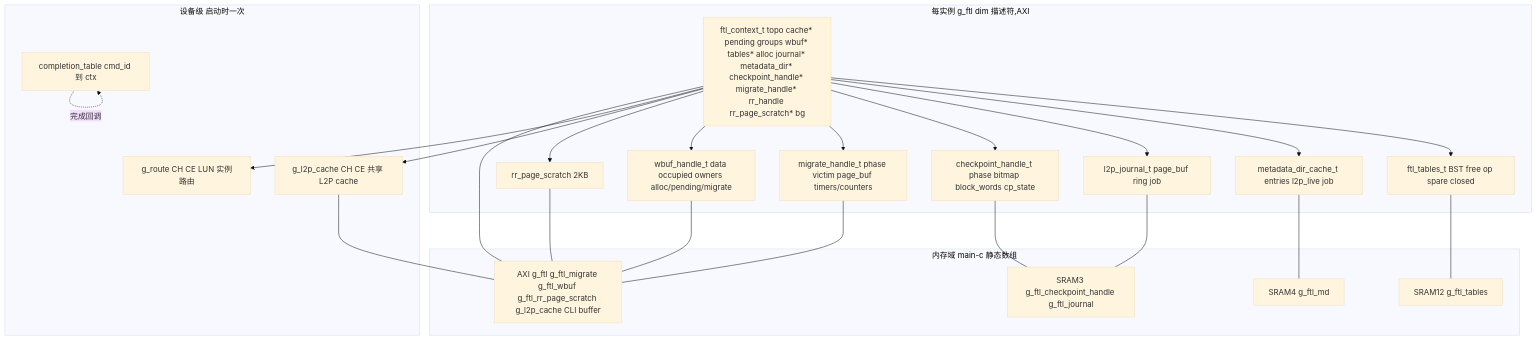
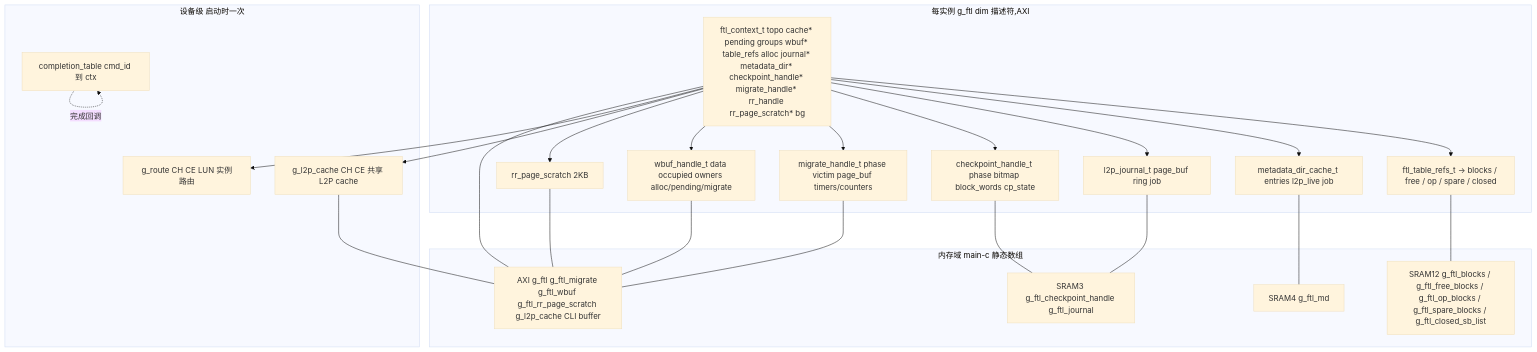
One commit to YzYMIAO/BASESSD changed diagram 32 of 32 in docs/design/ftl_design.md. Above: the diagram before and after it, drawn with Mermaid (base theme). The commit also changed other lines of this file and 18 other files, not shown here.

````diff
--- a/docs/design/ftl_design.md
+++ b/docs/design/ftl_design.md
@@ -3980,46 +3980,46 @@
 ```mermaid
 flowchart TB
     subgraph "设备级 启动时一次"
         ROUTE["g_route CH CE LUN 实例路由"]
         CT["completion_table cmd_id 到 ctx"]
         LC["g_l2p_cache CH CE 共享 L2P cache"]
     end
 
     subgraph "每实例 g_ftl dim 描述符,AXI"
-        CTX["ftl_context_t topo cache* pending groups wbuf* tables* alloc journal* metadata_dir* checkpoint_handle* migrate_handle* rr_handle rr_page_scratch* bg"]
-        TAB["ftl_tables_t BST free op spare closed"]
+        CTX["ftl_context_t topo cache* pending groups wbuf* table_refs alloc journal* metadata_dir* checkpoint_handle* migrate_handle* rr_handle rr_page_scratch* bg"]
+        TAB["ftl_table_refs_t → blocks / free / op / spare / closed"]
         MD["metadata_dir_cache_t entries l2p_live job"]
         JRN["l2p_journal_t page_buf ring job"]
         CPJ["checkpoint_handle_t phase bitmap block_words cp_state"]
         MIG["migrate_handle_t phase victim page_buf timers/counters"]
         WB["wbuf_handle_t data occupied owners alloc/pending/migrate"]
         RRS["rr_page_scratch 2KB"]
     end
 
     subgraph "内存域 main-c 静态数组"
-        D12["SRAM12 g_ftl_tables"]
+        D12["SRAM12 g_ftl_blocks / g_ftl_free_blocks / g_ftl_op_blocks / g_ftl_spare_blocks / g_ftl_closed_sb_list"]
         D3["SRAM3 g_ftl_checkpoint_handle g_ftl_journal"]
         D4["SRAM4 g_ftl_md"]
         AX["AXI g_ftl g_ftl_migrate g_ftl_wbuf g_ftl_rr_page_scratch g_l2p_cache CLI buffer"]
     end
 
     CTX --> TAB
     CTX --> MD
     CTX --> JRN
     CTX --> CPJ
     CTX --> MIG
     CTX --> WB
     CTX --> RRS
     CTX --> LC
     CTX --> ROUTE
     CT -.->|完成回调| CT
     TAB --- D12
     CPJ --- D3
     JRN --- D3
     MD --- D4
     MIG --- AX
     WB --- AX
     RRS --- AX
     CTX --- AX
     LC --- AX
 ```
````
